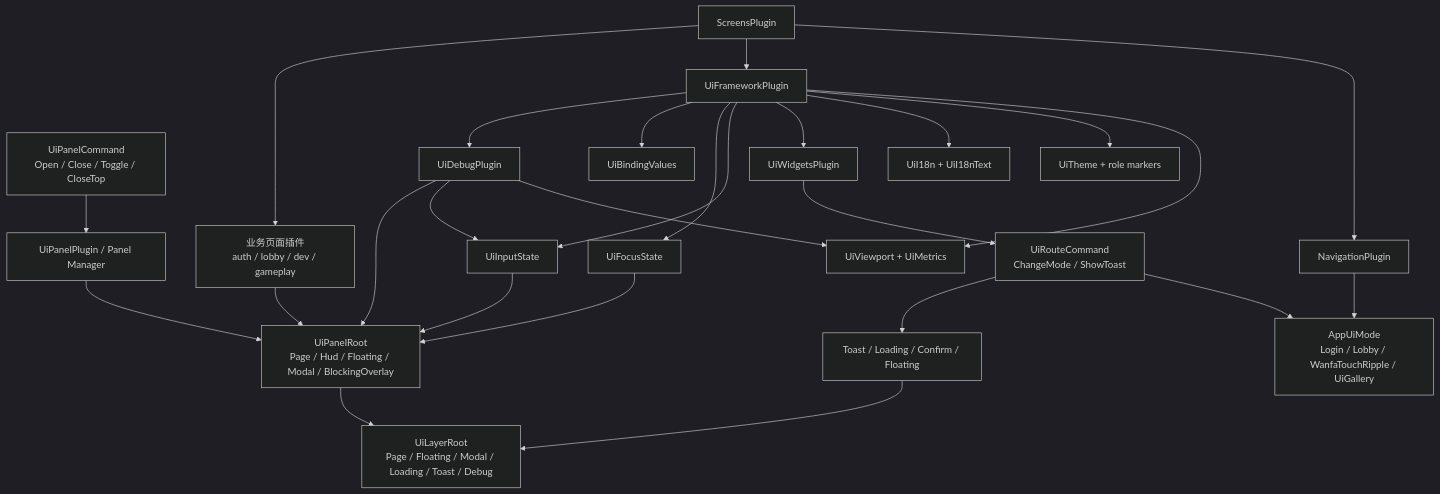
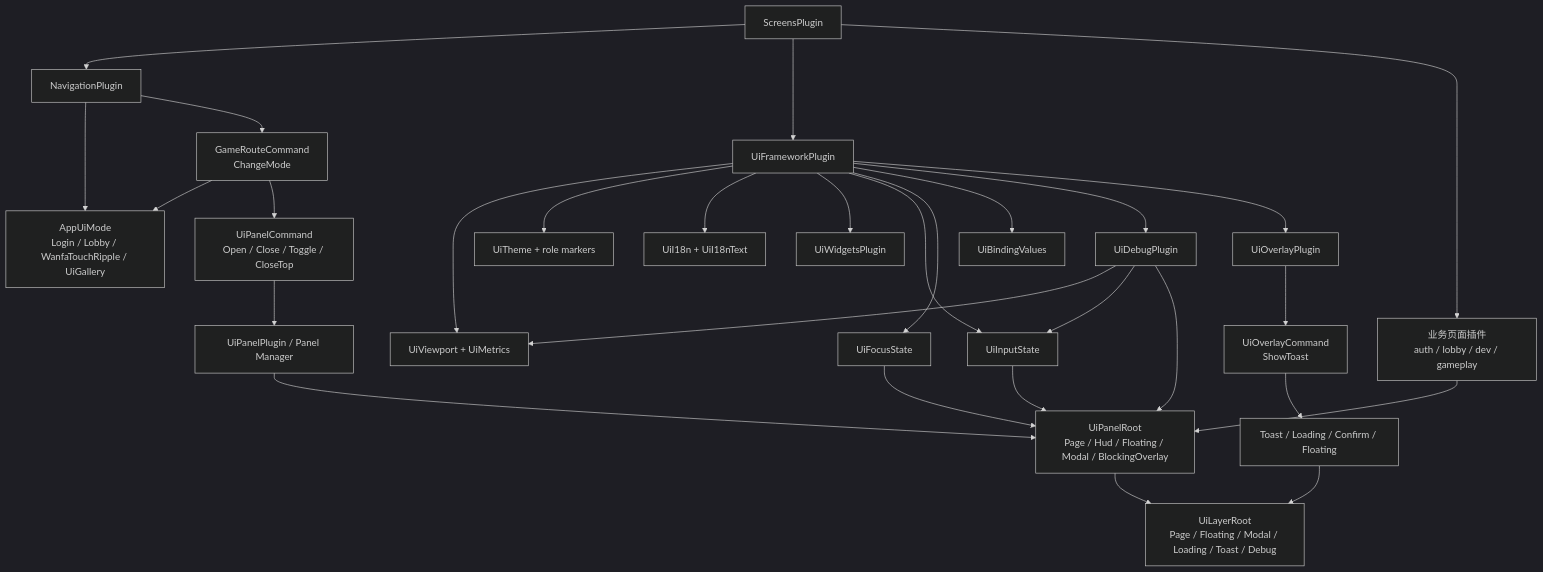
Before and after one commit to atan135/mybevy: the diagram in docs/ui/README.md, drawn with Mermaid (dark theme). The commit also changed other lines of this file and 11 other files, not shown here.

````diff
--- a/docs/ui/README.md
+++ b/docs/ui/README.md
@@ -19,51 +19,56 @@
 ```mermaid
 flowchart TD
     ScreensPlugin["ScreensPlugin"]
     NavigationPlugin["NavigationPlugin"]
     UiFrameworkPlugin["UiFrameworkPlugin"]
     Screens["业务页面插件<br/>auth / lobby / dev / gameplay"]
 
     AppUiMode["AppUiMode<br/>Login / Lobby / WanfaTouchRipple / UiGallery"]
-    UiRouteCommand["UiRouteCommand<br/>ChangeMode / ShowToast"]
+    GameRouteCommand["GameRouteCommand<br/>ChangeMode"]
+    UiOverlayCommand["UiOverlayCommand<br/>ShowToast"]
     UiPanelCommand["UiPanelCommand<br/>Open / Close / Toggle / CloseTop"]
 
     UiViewport["UiViewport + UiMetrics"]
     UiTheme["UiTheme + role markers"]
     UiI18n["UiI18n + UiI18nText"]
     UiWidgets["UiWidgetsPlugin"]
     UiInput["UiInputState"]
     UiFocus["UiFocusState"]
     UiBinding["UiBindingValues"]
     UiDebug["UiDebugPlugin"]
+    UiOverlayPlugin["UiOverlayPlugin"]
 
     PanelManager["UiPanelPlugin / Panel Manager"]
     LayerRoots["UiLayerRoot<br/>Page / Floating / Modal / Loading / Toast / Debug"]
     Panels["UiPanelRoot<br/>Page / Hud / Floating / Modal / BlockingOverlay"]
     Overlays["Toast / Loading / Confirm / Floating"]
 
     ScreensPlugin --> NavigationPlugin
     ScreensPlugin --> UiFrameworkPlugin
     ScreensPlugin --> Screens
     NavigationPlugin --> AppUiMode
+    NavigationPlugin --> GameRouteCommand
+    GameRouteCommand --> AppUiMode
+    GameRouteCommand --> UiPanelCommand
     Screens --> Panels
     UiFrameworkPlugin --> UiViewport
     UiFrameworkPlugin --> UiTheme
     UiFrameworkPlugin --> UiI18n
     UiFrameworkPlugin --> UiWidgets
     UiFrameworkPlugin --> UiInput
     UiFrameworkPlugin --> UiFocus
     UiFrameworkPlugin --> UiBinding
     UiFrameworkPlugin --> UiDebug
-    UiWidgets --> UiRouteCommand
-    UiRouteCommand --> AppUiMode
-    UiRouteCommand --> Overlays
+    UiFrameworkPlugin --> UiOverlayPlugin
+    UiOverlayPlugin --> UiOverlayCommand
+    UiOverlayCommand --> Overlays
     UiPanelCommand --> PanelManager
     PanelManager --> Panels
     Panels --> LayerRoots
     Overlays --> LayerRoots
     UiInput --> Panels
     UiFocus --> Panels
     UiDebug --> UiViewport
     UiDebug --> UiInput
     UiDebug --> Panels
 ```
````
